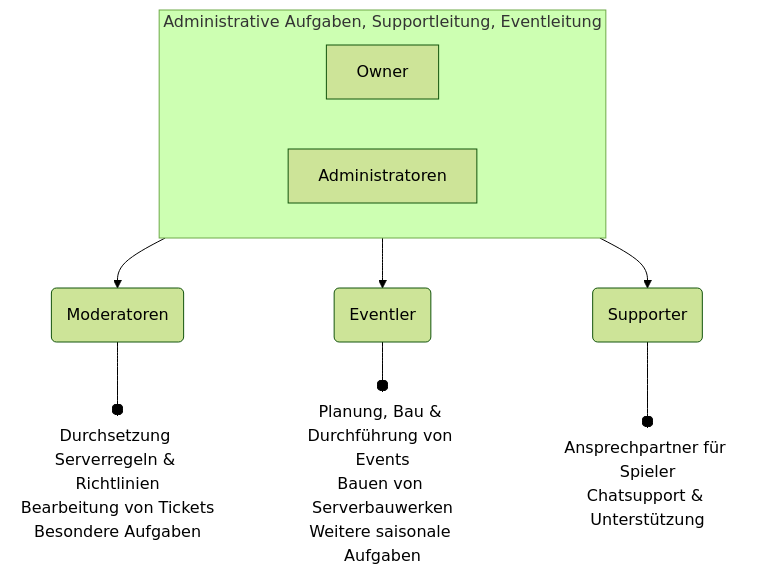
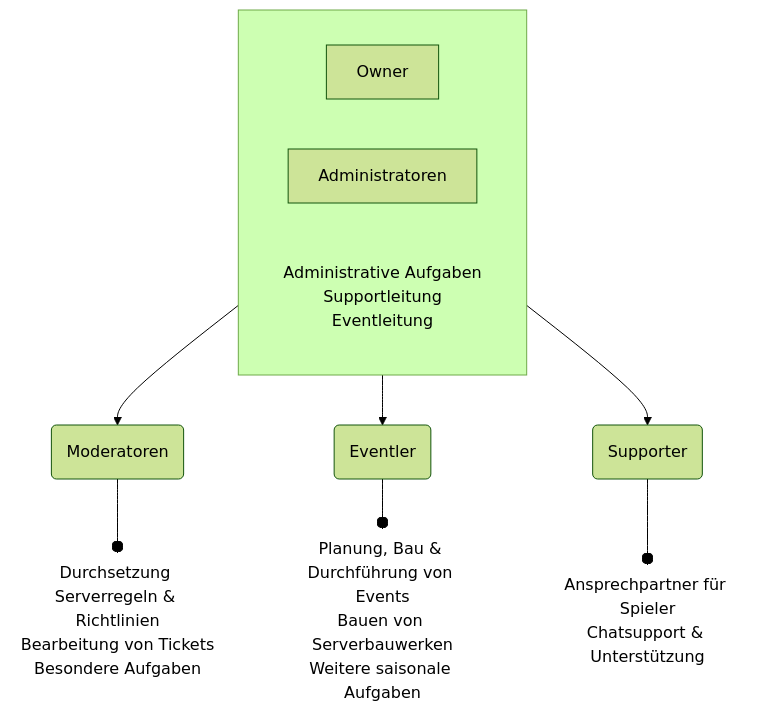
One commit to OpenMC-Server/Wiki changed the diagram in allgemeines/serverteam.md. Above: the diagram before and after it, drawn with Mermaid.

Commit message:
Update file serverteam.md

````diff
--- a/allgemeines/serverteam.md
+++ b/allgemeines/serverteam.md
@@ -105,20 +105,22 @@
 ```mermaid
 %%{init: { 'theme': 'forest' }}%%
 flowchart TB
- subgraph s2["Administrative Aufgaben, Supportleitung, Eventleitung"]
+ subgraph s2["<br>"]
         n3["Owner"]
         n5["Administratoren"]
+        n9@{ label: "<span style=\"color:\">Administrative Aufgaben</span><br style=\"--tw-scale-x:\"><span style=\"color:\">Supportleitung</span><br style=\"--tw-scale-x:\"><span style=\"color:\">Eventleitung</span>" }
   end
     s2 --> D["Moderatoren"]
     s2 L_s2_B_0@-- <br> --> B("Eventler") & E["Supporter"]
     E --o n7["Ansprechpartner für Spieler<br>Chatsupport &amp; Unterstützung"]
     B --o n6["Planung, Bau &amp; Durchführung von Events<br>Bauen von Serverbauwerken<br>Weitere saisonale Aufgaben"]
     D --o n8["Durchsetzung Serverregeln &amp; Richtlinien<br>Bearbeitung von Tickets<br>Besondere Aufgaben"]
     n5@{ shape: rect}
     D@{ shape: rounded}
     E@{ shape: rounded}
     n7@{ shape: text}
     n6@{ shape: text}
     n8@{ shape: text}
+    n9@{ shape: text}
     L_s2_B_0@{ animation: none }
 ```
````
